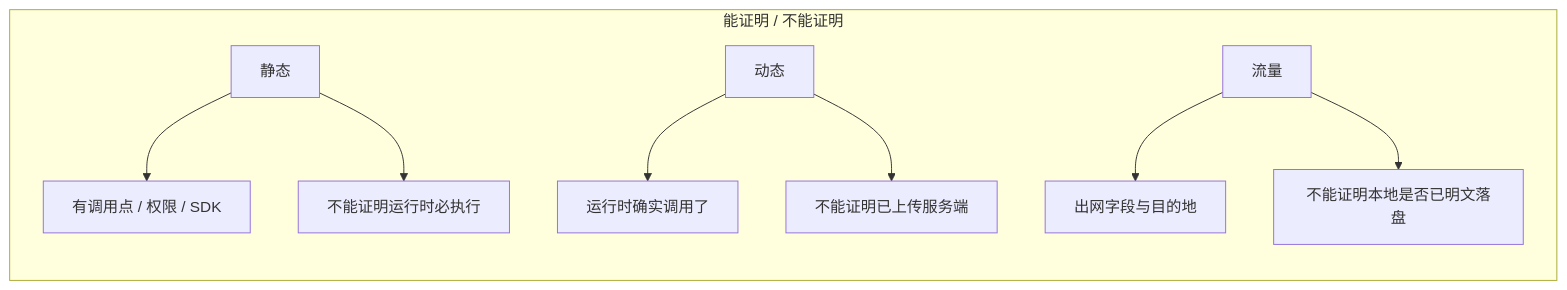
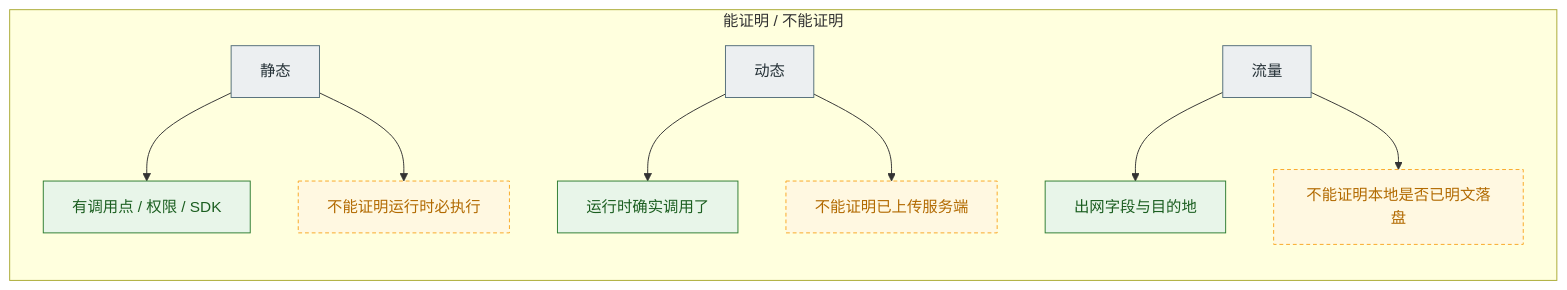
The first of 3 diagrams in docs/methodology.md (ConradLu2740/app-privacy-audit), drawn with Mermaid before and after one commit. The commit also changed other lines of this file and 7 other files, not shown here.

First line of the commit message:
Upgrade all diagrams: unified styling, gate markers, data visualization

````diff
--- a/docs/methodology.md
+++ b/docs/methodology.md
@@ -22,12 +22,20 @@
 ```mermaid
 flowchart LR
+  classDef line fill:#ECEFF1,stroke:#546E7A,color:#263238;
+  classDef can fill:#E8F5E9,stroke:#2E7D32,color:#1B5E20;
+  classDef cannot fill:#FFF8E1,stroke:#F9A825,color:#B26A00,stroke-dasharray:4 3;
+
   subgraph proof["能证明 / 不能证明"]
     direction TB
     S["静态"] --> S1["有调用点 / 权限 / SDK"]
     S --> S2["不能证明运行时必执行"]
     D["动态"] --> D1["运行时确实调用了"]
     D --> D2["不能证明已上传服务端"]
     T["流量"] --> T1["出网字段与目的地"]
     T --> T2["不能证明本地是否已明文落盘"]
   end
+
+  class S,D,T line;
+  class S1,D1,T1 can;
+  class S2,D2,T2 cannot;
 ```
````
